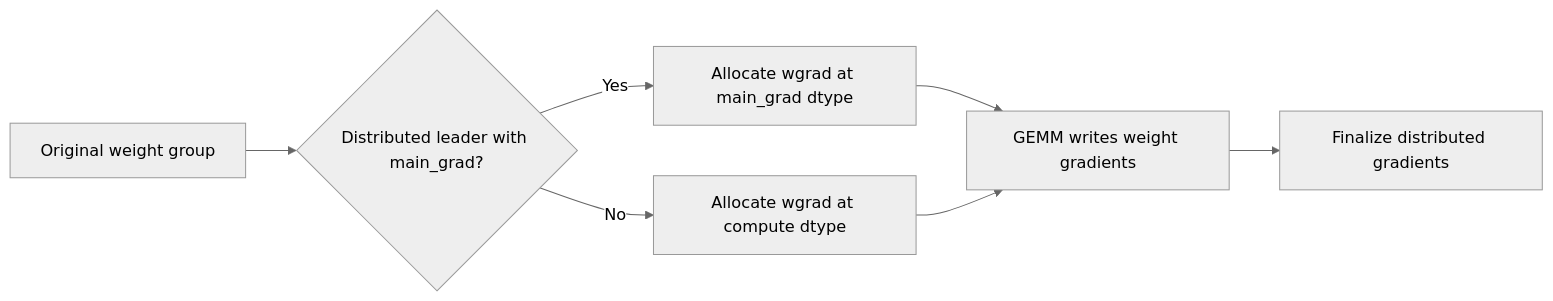
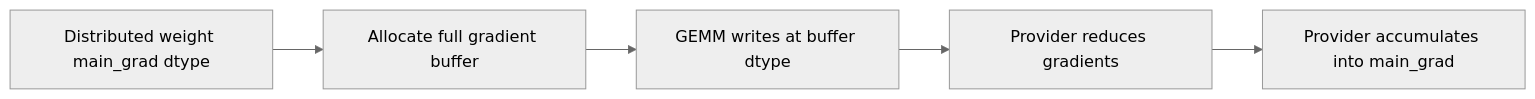
Before and after one commit to yuguo-Jack/HCU-TrainFlow: the diagram in knowledge/projects/transformer-engine/knowledgebase/upstream/prs/NVIDIA--TransformerEngine/PR-3397.md, drawn with Mermaid. The commit also changed other lines of this file and 42044 other files, not shown here.

````diff
--- a/knowledge/projects/transformer-engine/knowledgebase/upstream/prs/NVIDIA--TransformerEngine/PR-3397.md
+++ b/knowledge/projects/transformer-engine/knowledgebase/upstream/prs/NVIDIA--TransformerEngine/PR-3397.md
@@ -161,10 +166,8 @@
 ```mermaid
 %%{init: {'theme': 'neutral'}}%%
 flowchart LR
-    A[Original weight group] --> B{Distributed leader with main_grad?}
-    B -->|Yes| C[Allocate wgrad at main_grad dtype]
-    B -->|No| D[Allocate wgrad at compute dtype]
-    C --> E[GEMM writes weight gradients]
-    D --> E
-    E --> F[Finalize distributed gradients]
+  A[Distributed weight main_grad dtype] --> B[Allocate full gradient buffer]
+  B --> C[GEMM writes at buffer dtype]
+  C --> D[Provider reduces gradients]
+  D --> E[Provider accumulates into main_grad]
 ```
````
